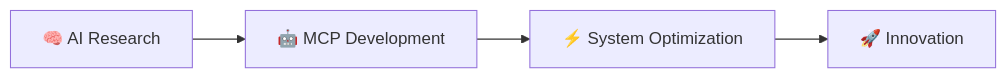
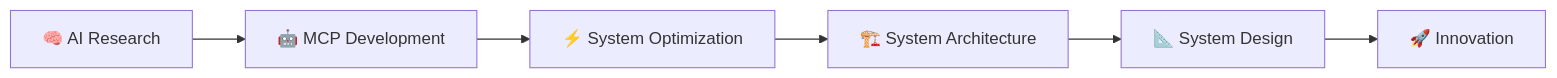
One commit to Arefin090/Arefin090 changed the diagram in README.md. Above: the diagram before and after it, drawn with Mermaid. The commit also changed other lines of this file, not shown here.

Commit message:
🏗️ Add System Architecture and System Design to current focus section

````diff
--- a/README.md
+++ b/README.md
@@ -33,6 +33,8 @@
 ```mermaid
 graph LR
     A[🧠 AI Research] --> B[🤖 MCP Development]
     B --> C[⚡ System Optimization]
-    C --> D[🚀 Innovation]
+    C --> D[🏗️ System Architecture]
+    D --> E[📐 System Design]
+    E --> F[🚀 Innovation]
 ```
````
